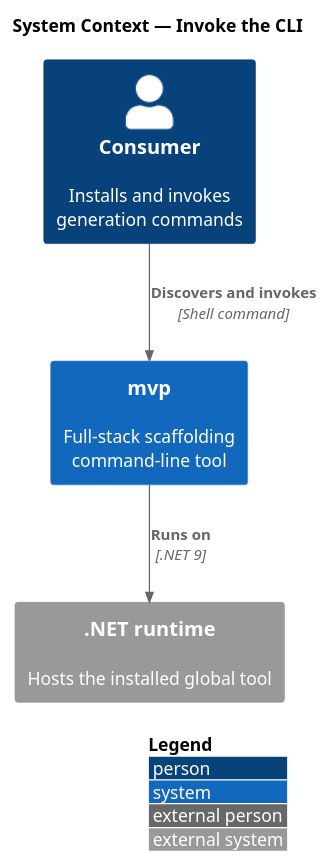
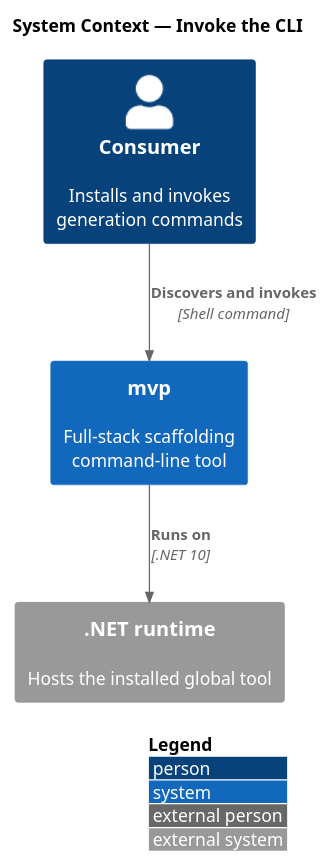
Before and after one commit to QuinntyneBrown/mvp: the diagram in docs/detailed-designs/command-line/invoke-the-cli/diagrams/c4-context.puml, drawn with PlantUML. The commit also changed 63 other files, not shown here.

First line of the commit message:
docs: update requirements, designs, README, and skill for the new architecture

```diff
--- a/docs/detailed-designs/command-line/invoke-the-cli/diagrams/c4-context.puml
+++ b/docs/detailed-designs/command-line/invoke-the-cli/diagrams/c4-context.puml
@@ -1,12 +1,12 @@
 @startuml
 !include <C4/C4_Context>
 LAYOUT_WITH_LEGEND()
 title System Context — Invoke the CLI
 
 Person(consumer, "Consumer", "Installs and invokes generation commands")
 System(mvp, "mvp", "Full-stack scaffolding command-line tool")
 System_Ext(dotnet, ".NET runtime", "Hosts the installed global tool")
 
 Rel(consumer, mvp, "Discovers and invokes", "Shell command")
-Rel(mvp, dotnet, "Runs on", ".NET 9")
+Rel(mvp, dotnet, "Runs on", ".NET 10")
 @enduml
```
